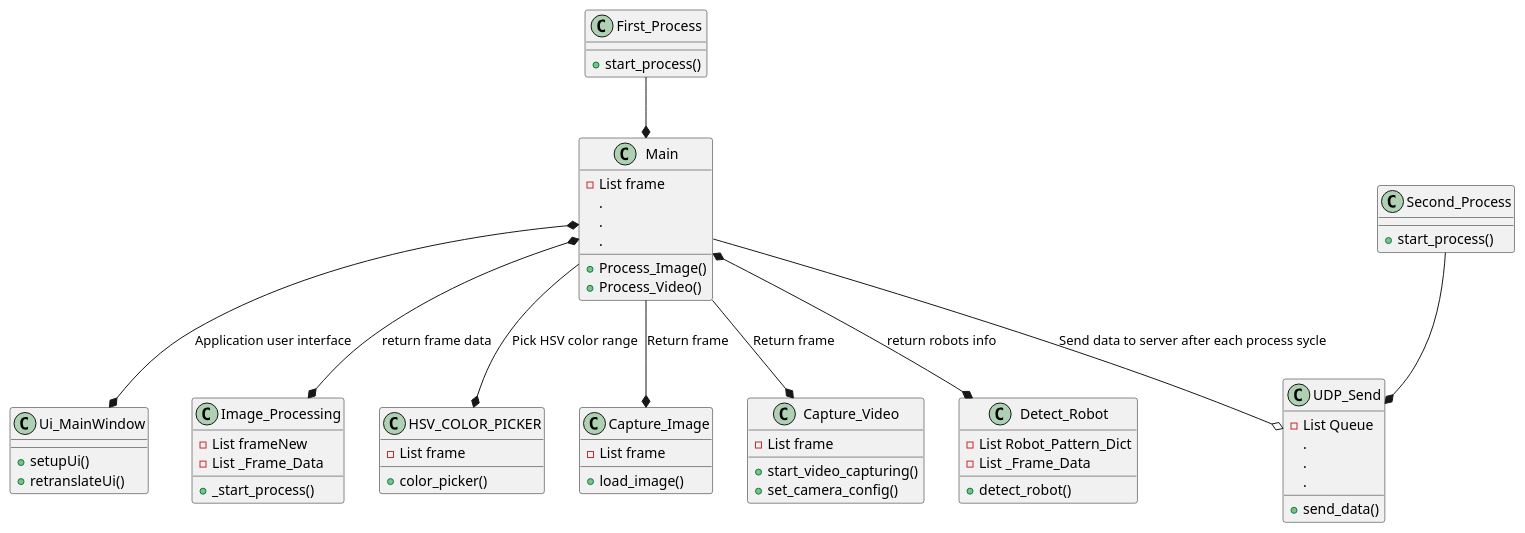
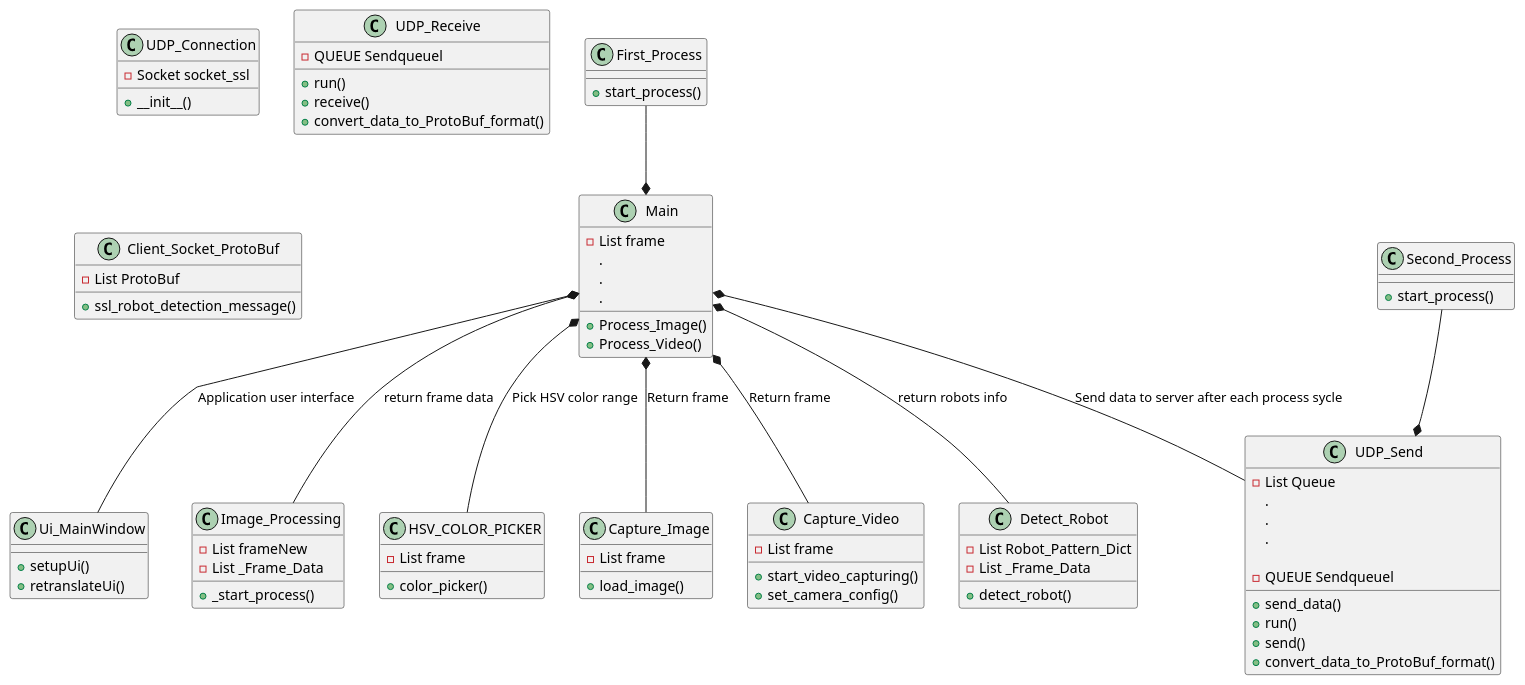
One commit to SiamMiri/RoboCup-SSLVision changed the diagram in ApplicationUML.plantuml. Above: the diagram before and after it, drawn with PlantUML.

Commit message:
update UML plantum file (not Img)

```diff
--- a/ApplicationUML.plantuml
+++ b/ApplicationUML.plantuml
@@ -1,78 +1,106 @@
 @startuml
 class First_Process {
     +start_process()
 }
 
 class Second_Process {
 +start_process()
 }
 
 class Main {
   -List frame
   .
   .
   .
 
   +Process_Image()
   +Process_Video()
 }
 
 class Detect_Robot {
   -List Robot_Pattern_Dict
   -List _Frame_Data
 
 
   +detect_robot()
 }
 
 class Ui_MainWindow {
   +setupUi()
   +retranslateUi()
 }
 
 class Image_Processing {
   -List frameNew
   -List _Frame_Data
 
   +_start_process()
 }
 
 class UDP_Send {
   -List Queue
   .
   .
   .
 
   +send_data()
 }
 
 class HSV_COLOR_PICKER {
   -List frame
 
   +color_picker()
 }
 
 class Capture_Image {
   -List frame
 
   +load_image()
 }
 
 class Capture_Video {
   -List frame
 
   +start_video_capturing()
   +set_camera_config()
 }
 
+class UDP_Connection {
+  -Socket socket_ssl
+
+  +__init__()
+}
+
+class UDP_Send {
+  -QUEUE Sendqueuel
+
+  +run()
+  +send()
+  +convert_data_to_ProtoBuf_format()
+}
+
+class UDP_Receive {
+  -QUEUE Sendqueuel
+
+  +run()
+  +receive()
+  +convert_data_to_ProtoBuf_format()
+}
+
+class Client_Socket_ProtoBuf {
+  -List ProtoBuf
+
+  +ssl_robot_detection_message()
+}
+
 First_Process --*  Main
 Second_Process --* UDP_Send
-Main *--* Image_Processing : return frame data
-Main *--* Detect_Robot : return robots info
-Main *--* Ui_MainWindow : Application user interface
-Main --* HSV_COLOR_PICKER : Pick HSV color range
-Main --* Capture_Image : Return frame
-Main --* Capture_Video : Return frame
-Main --o UDP_Send : Send data to server after each process sycle
+Main *-- Image_Processing : return frame data
+Main *-- Detect_Robot : return robots info
+Main *-- Ui_MainWindow : Application user interface
+Main *-- HSV_COLOR_PICKER : Pick HSV color range
+Main *-- Capture_Image : Return frame
+Main *-- Capture_Video : Return frame
+Main *-- UDP_Send : Send data to server after each process sycle
 
 @enduml
```
